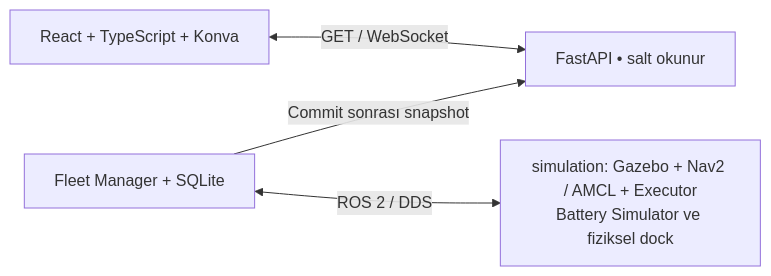
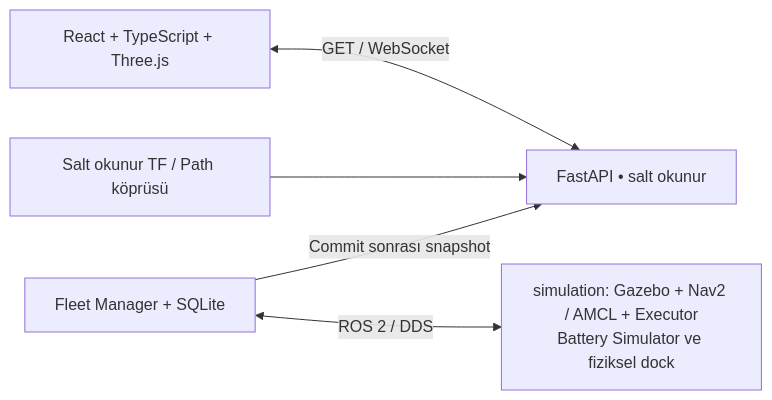
The diagram in README.md (m-gnr/ros2-fleet-manager), drawn with Mermaid before and after one commit. The commit also changed other lines of this file and 68 other files, not shown here.

````diff
--- a/README.md
+++ b/README.md
@@ -16,6 +16,7 @@
 ```mermaid
 flowchart LR
-    UI["React + TypeScript + Konva"] <-->|"GET / WebSocket"| API["FastAPI • salt okunur"]
+    UI["React + TypeScript + Three.js"] <-->|"GET / WebSocket"| API["FastAPI • salt okunur"]
+    ROS["Salt okunur TF / Path köprüsü"] --> API
     FM["Fleet Manager + SQLite"] -->|"Commit sonrası snapshot"| API
     FM <-->|"ROS 2 / DDS"| SIM["simulation: Gazebo + Nav2 / AMCL + Executor<br/>Battery Simulator ve fiziksel dock"]
 ```
````
